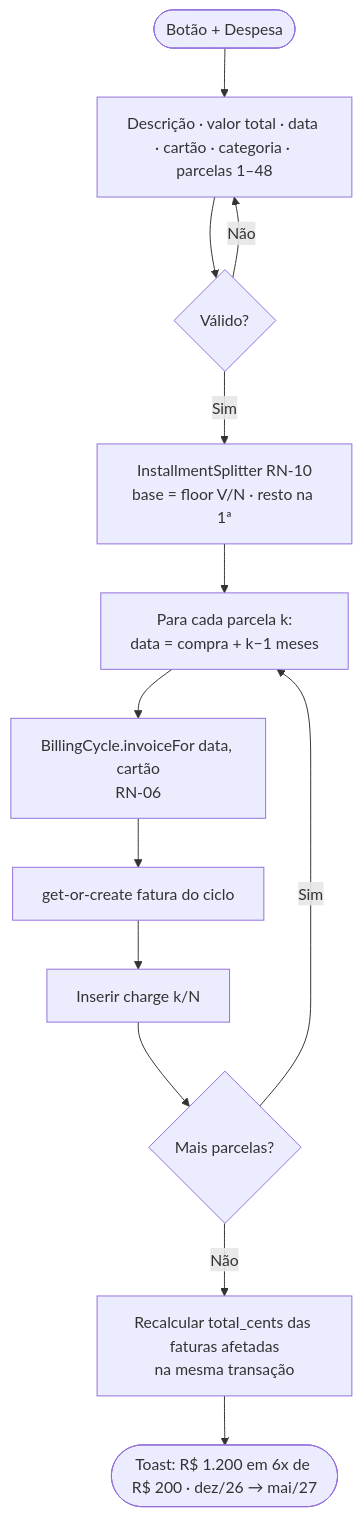
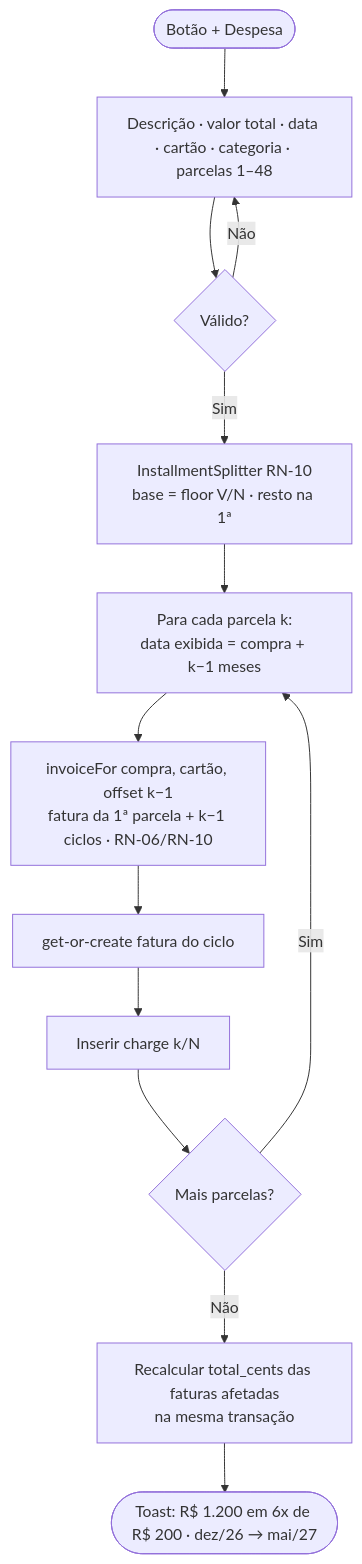
The ninth of 16 diagrams in docs/FLOW_MAP.md (77mdias/finflow), drawn with Mermaid before and after one commit. The commit also changed other lines of this file and 12 other files, not shown here.

First line of the commit message:
docs: add software architecture, database model, API spec and integrations

````diff
--- a/docs/FLOW_MAP.md
+++ b/docs/FLOW_MAP.md
@@ -242,15 +242,15 @@
 ```mermaid
 flowchart TD
     A(["Botão + Despesa"]) --> B[Descrição · valor total · data · cartão · categoria · parcelas 1–48]
     B --> C{Válido?}
     C -->|Não| B
     C -->|Sim| D[InstallmentSplitter RN-10<br/>base = floor V/N · resto na 1ª]
-    D --> E[Para cada parcela k:<br/>data = compra + k−1 meses]
-    E --> F[BillingCycle.invoiceFor data, cartão<br/>RN-06]
+    D --> E[Para cada parcela k:<br/>data exibida = compra + k−1 meses]
+    E --> F[invoiceFor compra, cartão, offset k−1<br/>fatura da 1ª parcela + k−1 ciclos · RN-06/RN-10]
     F --> G[get-or-create fatura do ciclo]
     G --> H[Inserir charge k/N]
     H --> I{Mais parcelas?}
     I -->|Sim| E
     I -->|Não| J[Recalcular total_cents das faturas afetadas<br/>na mesma transação]
     J --> K(["Toast: R$ 1.200 em 6x de R$ 200 · dez/26 → mai/27"])
 ```
````
